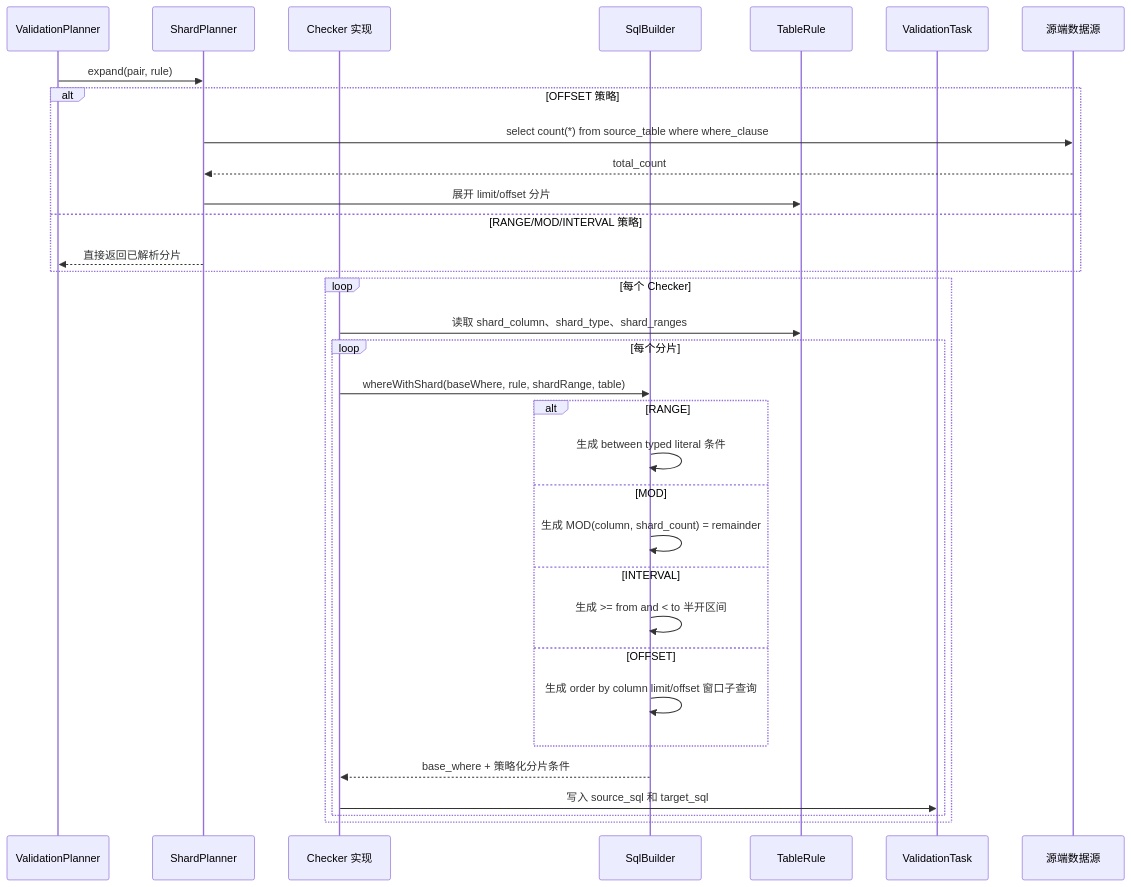
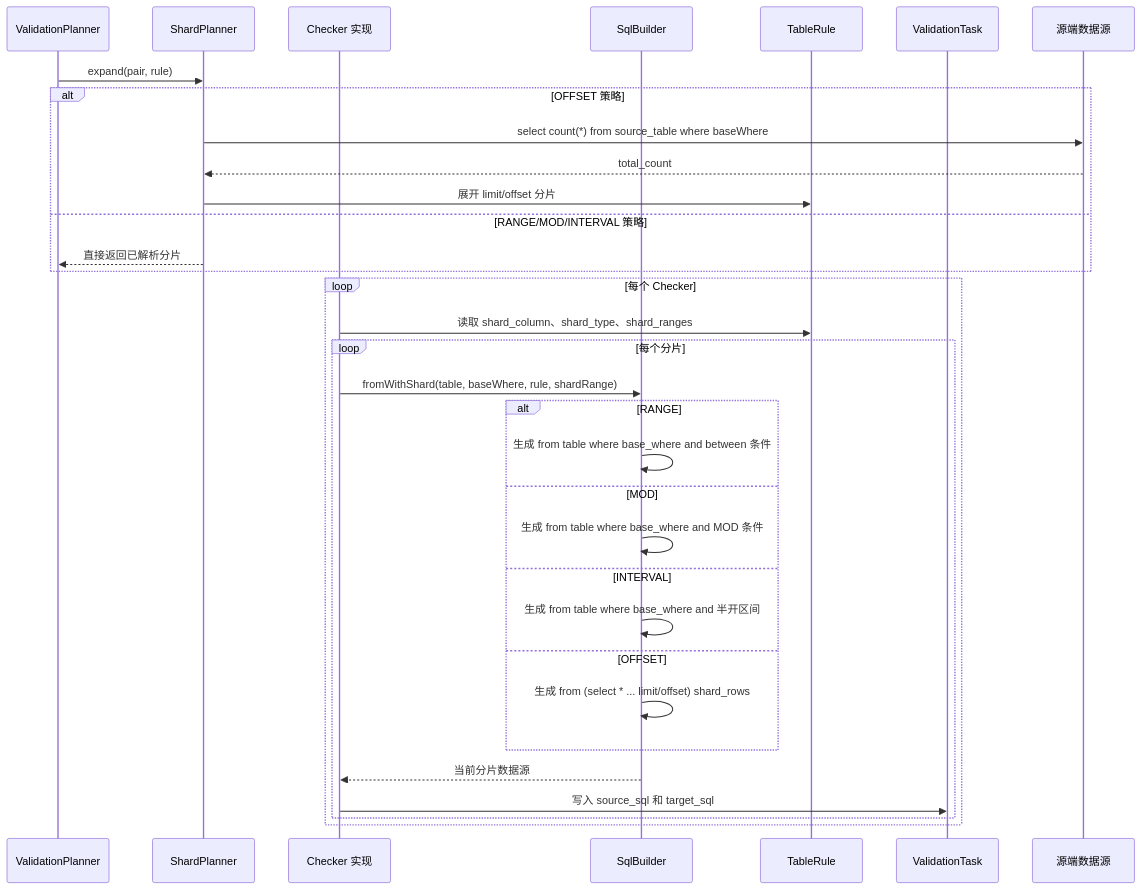
The third of 5 diagrams in docs/detailed-design.md (xiaobin-zhang/odsdatamigration), drawn with Mermaid before and after one commit. The commit also changed other lines of this file and 13 other files, not shown here.

````diff
--- a/docs/detailed-design.md
+++ b/docs/detailed-design.md
@@ -246,36 +268,36 @@
 ```mermaid
 sequenceDiagram
     participant Planner as ValidationPlanner
     participant ShardPlanner as ShardPlanner
     participant Checker as Checker 实现
     participant Builder as SqlBuilder
     participant Rule as TableRule
     participant Task as ValidationTask
     participant Source as 源端数据源
 
     Planner->>ShardPlanner: expand(pair, rule)
     alt OFFSET 策略
-        ShardPlanner->>Source: select count(*) from source_table where where_clause
+        ShardPlanner->>Source: select count(*) from source_table where baseWhere
         Source-->>ShardPlanner: total_count
         ShardPlanner->>Rule: 展开 limit/offset 分片
     else RANGE/MOD/INTERVAL 策略
         ShardPlanner-->>Planner: 直接返回已解析分片
     end
     loop 每个 Checker
         Checker->>Rule: 读取 shard_column、shard_type、shard_ranges
         loop 每个分片
-            Checker->>Builder: whereWithShard(baseWhere, rule, shardRange, table)
+            Checker->>Builder: fromWithShard(table, baseWhere, rule, shardRange)
             alt RANGE
-                Builder->>Builder: 生成 between typed literal 条件
+                Builder->>Builder: 生成 from table where base_where and between 条件
             else MOD
-                Builder->>Builder: 生成 MOD(column, shard_count) = remainder
+                Builder->>Builder: 生成 from table where base_where and MOD 条件
             else INTERVAL
-                Builder->>Builder: 生成 >= from and < to 半开区间
+                Builder->>Builder: 生成 from table where base_where and 半开区间
             else OFFSET
-                Builder->>Builder: 生成 order by column limit/offset 窗口子查询
+                Builder->>Builder: 生成 from (select * ... limit/offset) shard_rows
             end
-            Builder-->>Checker: base_where + 策略化分片条件
+            Builder-->>Checker: 当前分片数据源
             Checker->>Task: 写入 source_sql 和 target_sql
         end
     end
 ```
````
